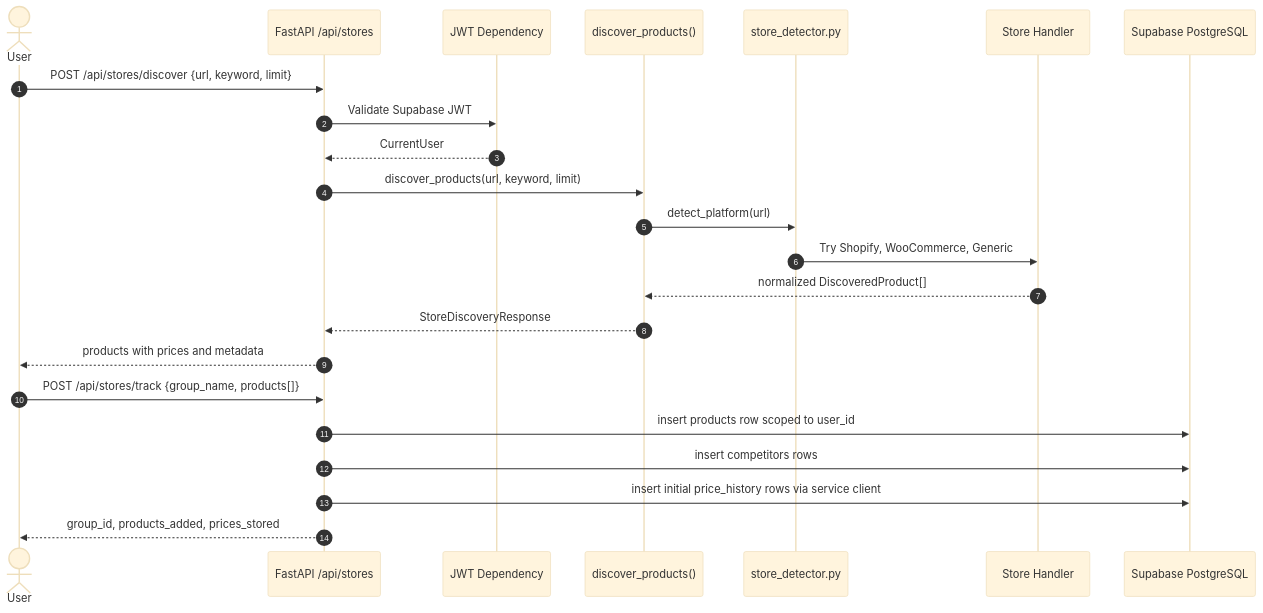
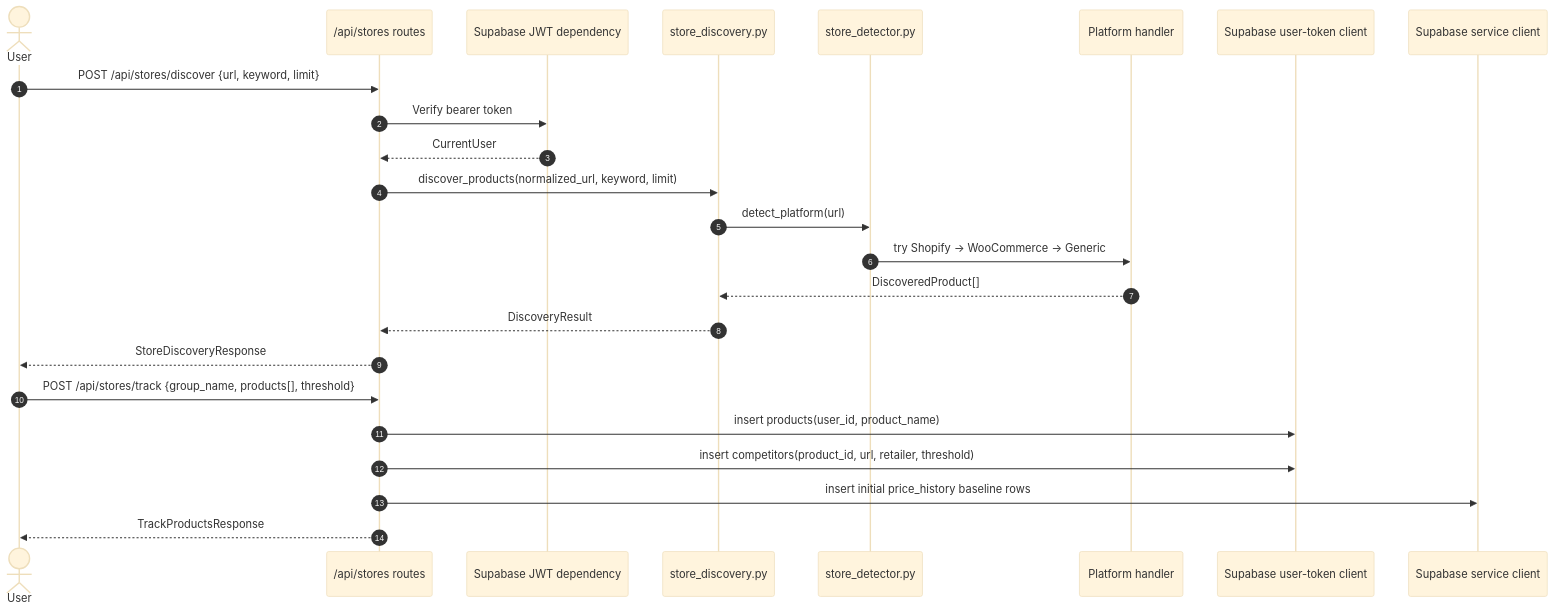
One commit to dreww01/pricehawk changed the third of 6 diagrams in docs/architecture.md. Above: the diagram before and after it, drawn with Mermaid (base theme). The commit also changed other lines of this file and 1 other file, not shown here.

Commit message:
feat(orc-31): apply build directive (the architecture.md and logic_used.md is too conso)

````diff
--- a/docs/architecture.md
+++ b/docs/architecture.md
@@ -46,26 +164,28 @@
 ```mermaid
 sequenceDiagram
     autonumber
     actor User
-    participant API as FastAPI /api/stores
-    participant Auth as JWT Dependency
-    participant Discovery as discover_products()
+    participant Route as /api/stores routes
+    participant Auth as Supabase JWT dependency
+    participant Discovery as store_discovery.py
     participant Detector as store_detector.py
-    participant Handler as Store Handler
-    participant DB as Supabase PostgreSQL
+    participant Handler as Platform handler
+    participant UserDB as Supabase user-token client
+    participant ServiceDB as Supabase service client
 
-    User->>API: POST /api/stores/discover {url, keyword, limit}
-    API->>Auth: Validate Supabase JWT
-    Auth-->>API: CurrentUser
-    API->>Discovery: discover_products(url, keyword, limit)
+    User->>Route: POST /api/stores/discover {url, keyword, limit}
+    Route->>Auth: Verify bearer token
+    Auth-->>Route: CurrentUser
+    Route->>Discovery: discover_products(normalized_url, keyword, limit)
     Discovery->>Detector: detect_platform(url)
-    Detector->>Handler: Try Shopify, WooCommerce, Generic
-    Handler-->>Discovery: normalized DiscoveredProduct[]
-    Discovery-->>API: StoreDiscoveryResponse
-    API-->>User: products with prices and metadata
-    User->>API: POST /api/stores/track {group_name, products[]}
-    API->>DB: insert products row scoped to user_id
-    API->>DB: insert competitors rows
-    API->>DB: insert initial price_history rows via service client
-    API-->>User: group_id, products_added, prices_stored
+    Detector->>Handler: try Shopify -> WooCommerce -> Generic
+    Handler-->>Discovery: DiscoveredProduct[]
+    Discovery-->>Route: DiscoveryResult
+    Route-->>User: StoreDiscoveryResponse
+
+    User->>Route: POST /api/stores/track {group_name, products[], threshold}
+    Route->>UserDB: insert products(user_id, product_name)
+    Route->>UserDB: insert competitors(product_id, url, retailer, threshold)
+    Route->>ServiceDB: insert initial price_history baseline rows
+    Route-->>User: TrackProductsResponse
 ```
````
